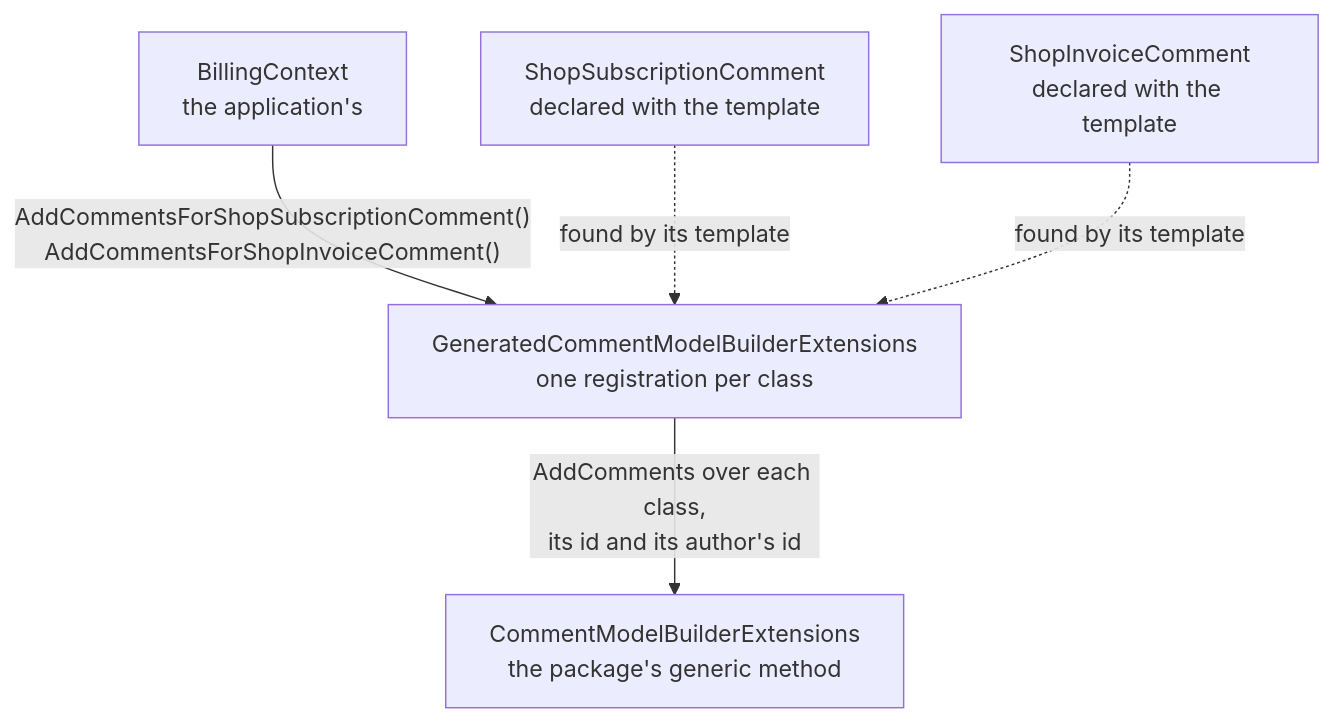
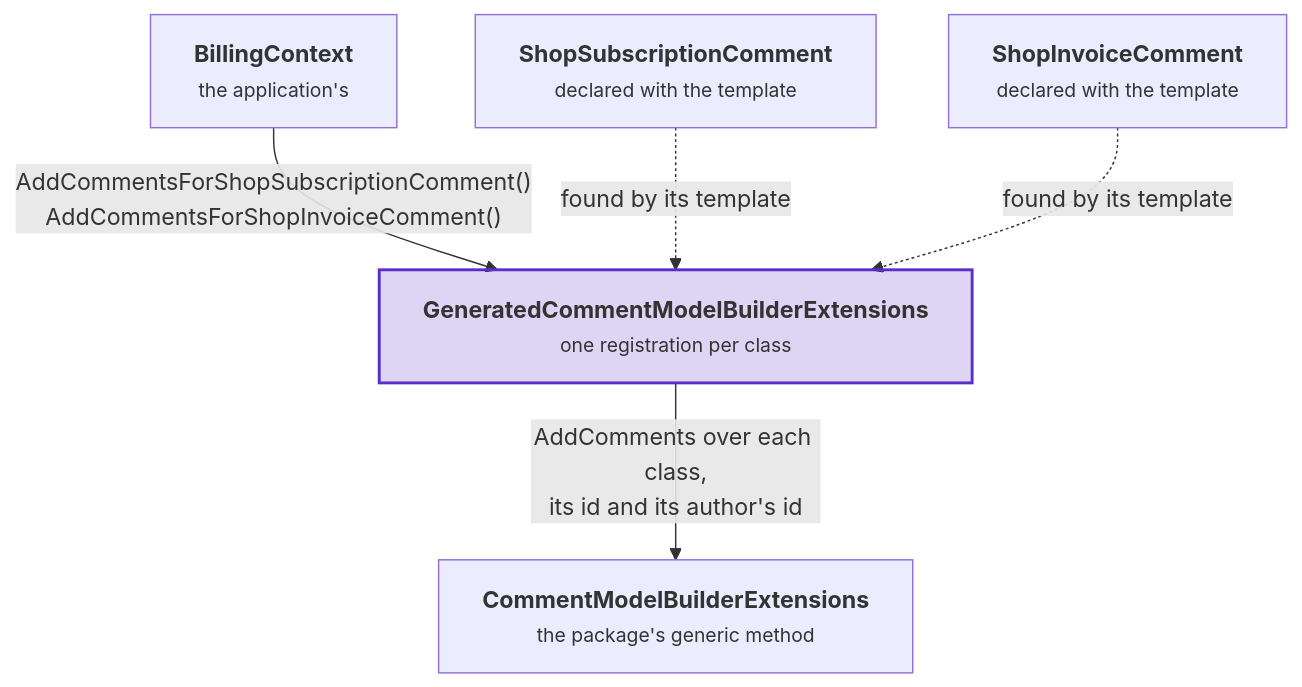
The fourth of 6 diagrams in docs/writing-a-supporting-domain.md (DylanSnel/DDDToolkit), drawn with Mermaid before and after one commit. The commit also changed other lines of this file and 41 other files, not shown here.

First line of the commit message:
Docs: plain prose, one word per concept, and readable diagrams on every page

````diff
--- a/docs/writing-a-supporting-domain.md
+++ b/docs/writing-a-supporting-domain.md
@@ -613,12 +662,14 @@
 ```mermaid
 flowchart TB
-    Context["BillingContext<br/>the application's"]
-    Wrapper["GeneratedCommentModelBuilderExtensions<br/>one registration per class"]
-    Package["CommentModelBuilderExtensions<br/>the package's generic method"]
-    Subscription["ShopSubscriptionComment<br/>declared with the template"]
-    Invoice["ShopInvoiceComment<br/>declared with the template"]
-    Context -- "AddCommentsForShopSubscriptionComment()<br/>AddCommentsForShopInvoiceComment()" --> Wrapper
-    Wrapper -- "AddComments over each class,<br/>its id and its author's id" --> Package
-    Subscription -. "found by its template" .-> Wrapper
-    Invoice -. "found by its template" .-> Wrapper
+    context["<b>BillingContext</b><br/><small>the application's</small>"]
+    wrapper["<b>GeneratedCommentModelBuilderExtensions</b><br/><small>one registration per class</small>"]
+    package["<b>CommentModelBuilderExtensions</b><br/><small>the package's generic method</small>"]
+    subscription["<b>ShopSubscriptionComment</b><br/><small>declared with the template</small>"]
+    invoice["<b>ShopInvoiceComment</b><br/><small>declared with the template</small>"]
+    context -- "AddCommentsForShopSubscriptionComment()<br/>AddCommentsForShopInvoiceComment()" --> wrapper
+    wrapper -- "AddComments over each class,<br/>its id and its author's id" --> package
+    subscription -. "found by its template" .-> wrapper
+    invoice -. "found by its template" .-> wrapper
+    classDef strong fill:#5b2ec933,stroke:#5b2ec9,stroke-width:2px
+    class wrapper strong
 ```
````
